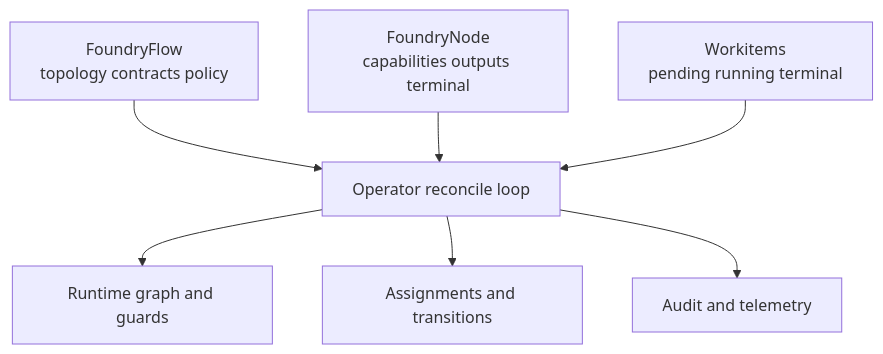
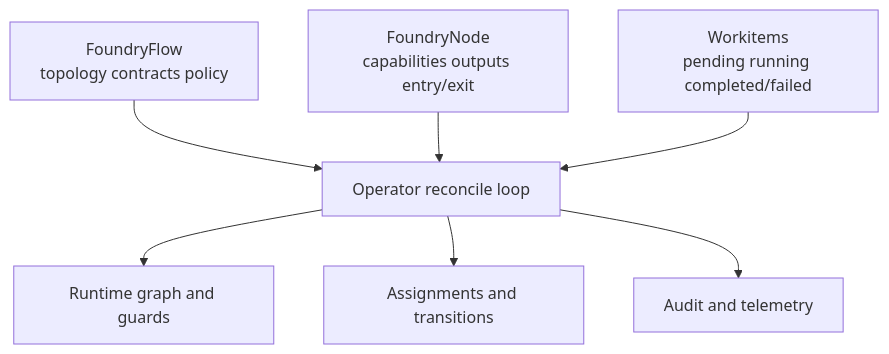
Before and after one commit to really-knows-ai/gideas: the first of 3 diagrams in 02-flow/01-operator.md, drawn with Mermaid. The commit also changed other lines of this file and 11 other files, not shown here.

Commit message:
docs(spec): align boundary semantics to entry/exit contracts

````diff
--- a/02-flow/01-operator.md
+++ b/02-flow/01-operator.md
@@ -28,10 +28,10 @@
 ```mermaid
 flowchart TD
     FF["FoundryFlow<br/>topology contracts policy"] --> OP["Operator reconcile loop"]
-    FN["FoundryNode<br/>capabilities outputs terminal"] --> OP
-    WI["Workitems<br/>pending running terminal"] --> OP
+    FN["FoundryNode<br/>capabilities outputs entry/exit"] --> OP
+    WI["Workitems<br/>pending running completed/failed"] --> OP
 
     OP --> RT["Runtime graph and guards"]
     OP --> AS["Assignments and transitions"]
     OP --> AU["Audit and telemetry"]
 ```
````
